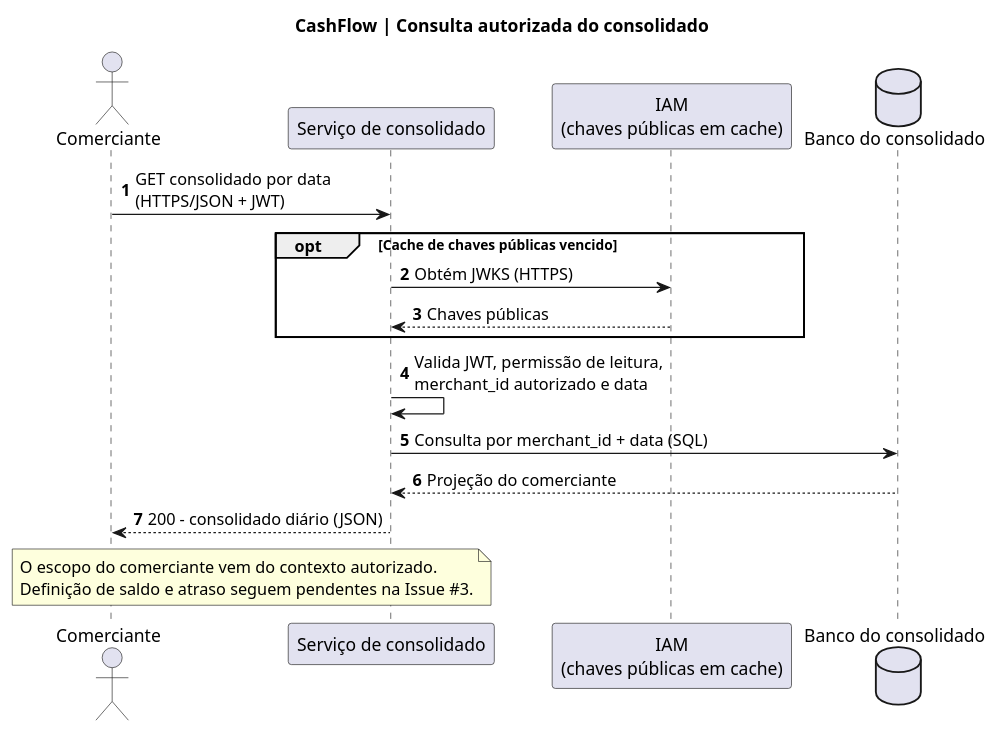
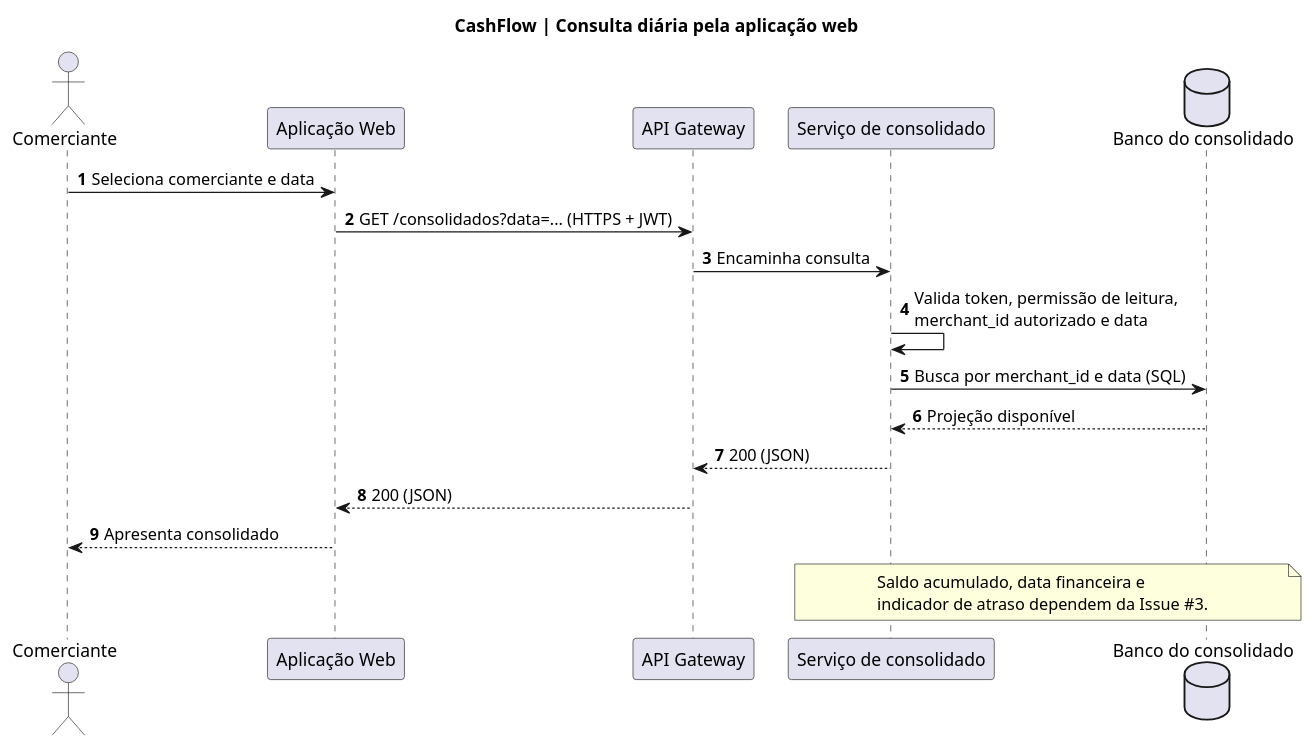
The diagram in docs/architecture/plantuml/sequence-query.puml (wolwerr/CashFlow-Architecture), drawn with PlantUML before and after one commit.

Commit message:
docs(sequence): reflect web frontend and API gateway user journeys (#6)

```diff
--- a/docs/architecture/plantuml/sequence-query.puml
+++ b/docs/architecture/plantuml/sequence-query.puml
@@ -1,21 +1,22 @@
 @startuml CashFlow_Query
-title CashFlow | Consulta autorizada do consolidado
+title CashFlow | Consulta diária pela aplicação web
 autonumber
 actor Comerciante
+participant "Aplicação Web" as W
+participant "API Gateway" as G
 participant "Serviço de consolidado" as C
-participant "IAM\n(chaves públicas em cache)" as IAM
 database "Banco do consolidado" as B
-Comerciante -> C: GET consolidado por data\n(HTTPS/JSON + JWT)
-opt Cache de chaves públicas vencido
-  C -> IAM: Obtém JWKS (HTTPS)
-  IAM --> C: Chaves públicas
-end
-C -> C: Valida JWT, permissão de leitura,\nmerchant_id autorizado e data
-C -> B: Consulta por merchant_id + data (SQL)
-B --> C: Projeção do comerciante
-C --> Comerciante: 200 - consolidado diário (JSON)
-note over Comerciante,C
-O escopo do comerciante vem do contexto autorizado.
-Definição de saldo e atraso seguem pendentes na Issue #3.
+Comerciante -> W: Seleciona comerciante e data
+W -> G: GET /consolidados?data=... (HTTPS + JWT)
+G -> C: Encaminha consulta
+C -> C: Valida token, permissão de leitura,\nmerchant_id autorizado e data
+C -> B: Busca por merchant_id e data (SQL)
+B --> C: Projeção disponível
+C --> G: 200 (JSON)
+G --> W: 200 (JSON)
+W --> Comerciante: Apresenta consolidado
+note over C,B
+Saldo acumulado, data financeira e
+indicador de atraso dependem da Issue #3.
 end note
 @enduml
```
